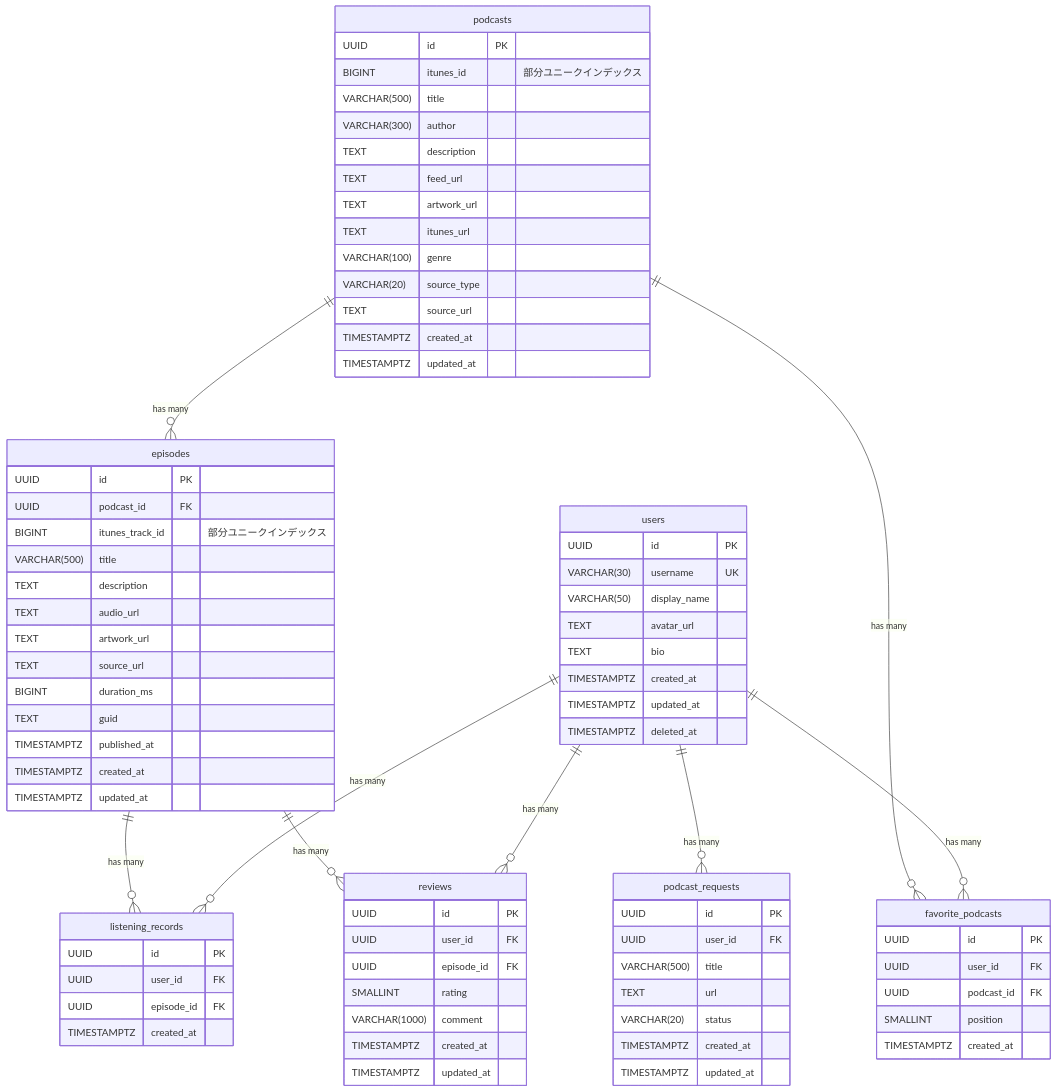
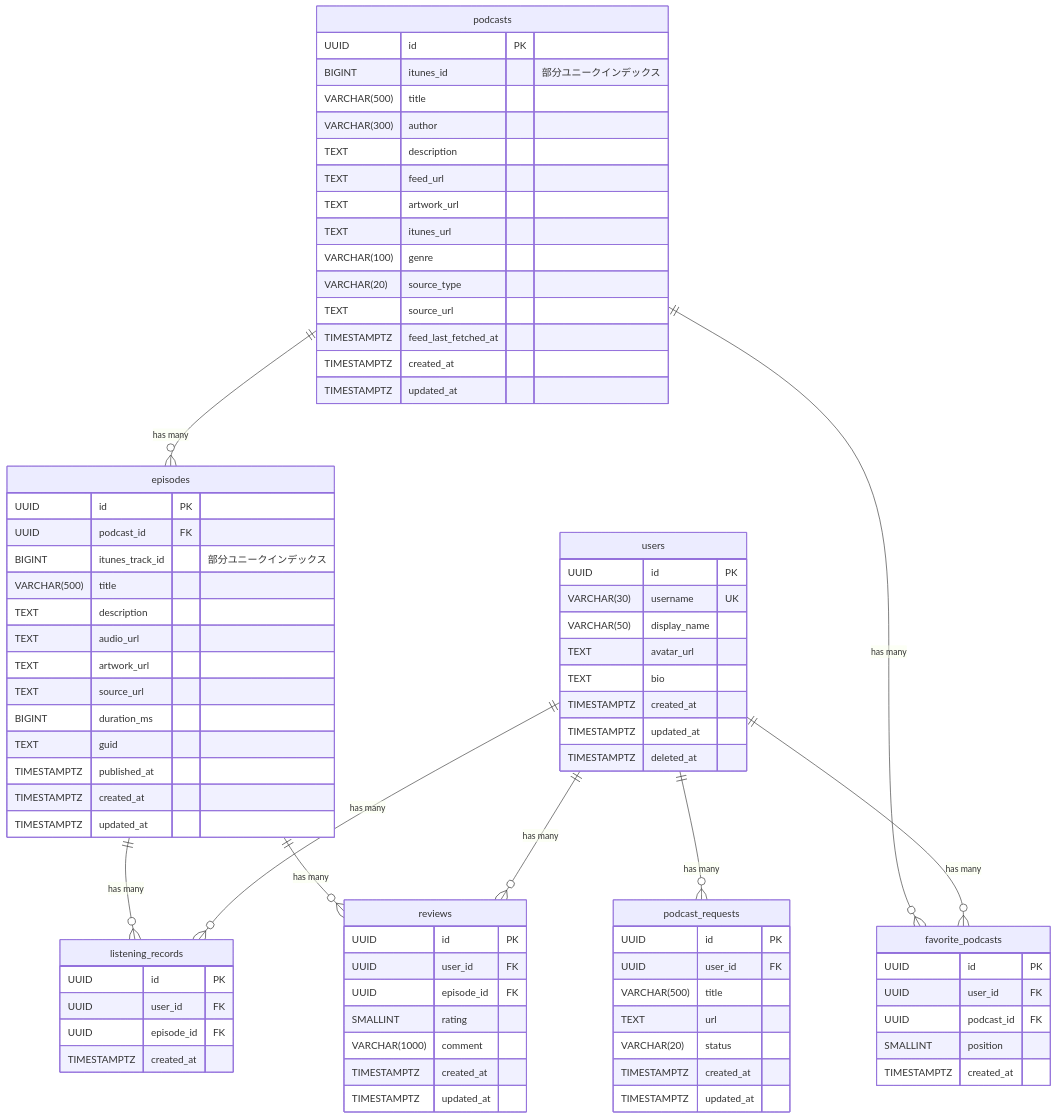
The diagram in backend/docs/database.md (Koseeee-27/podlog), drawn with Mermaid before and after one commit. The commit also changed other lines of this file and 17 other files, not shown here.

```diff
--- a/backend/docs/database.md
+++ b/backend/docs/database.md
@@ -27,6 +27,7 @@
         VARCHAR(100) genre
         VARCHAR(20) source_type
         TEXT source_url
+        TIMESTAMPTZ feed_last_fetched_at
         TIMESTAMPTZ created_at
         TIMESTAMPTZ updated_at
     }
```
